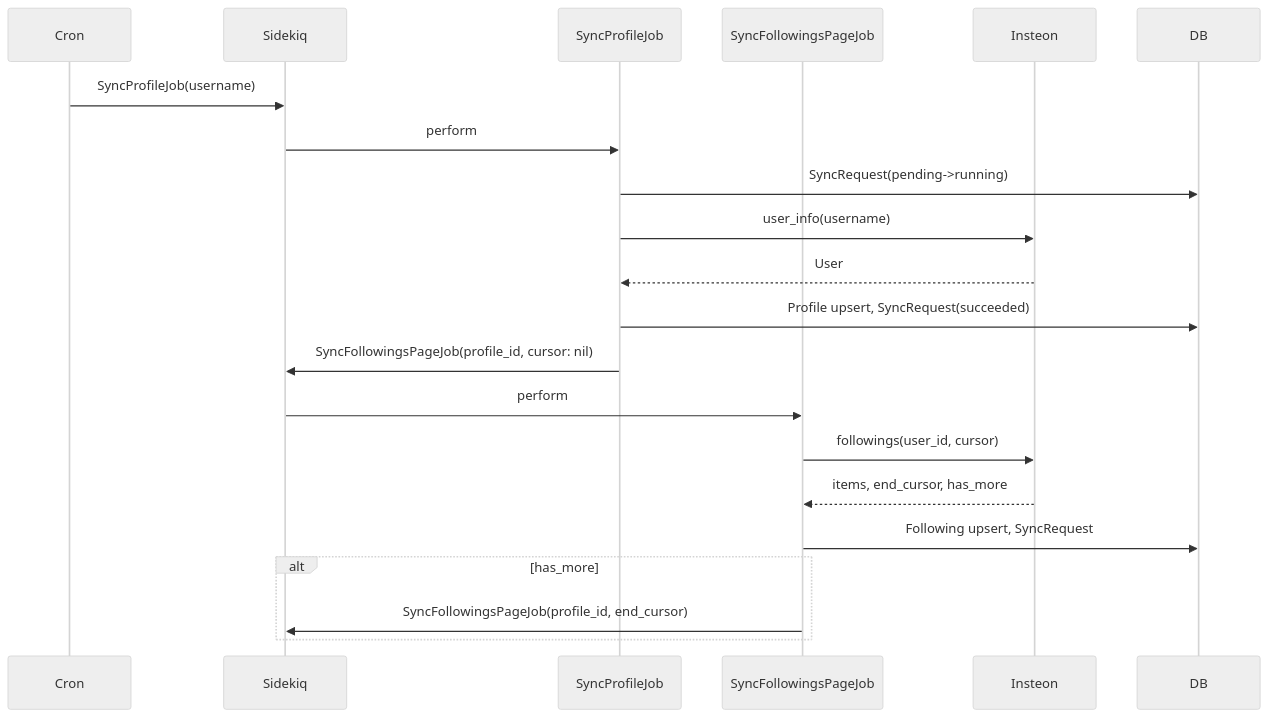
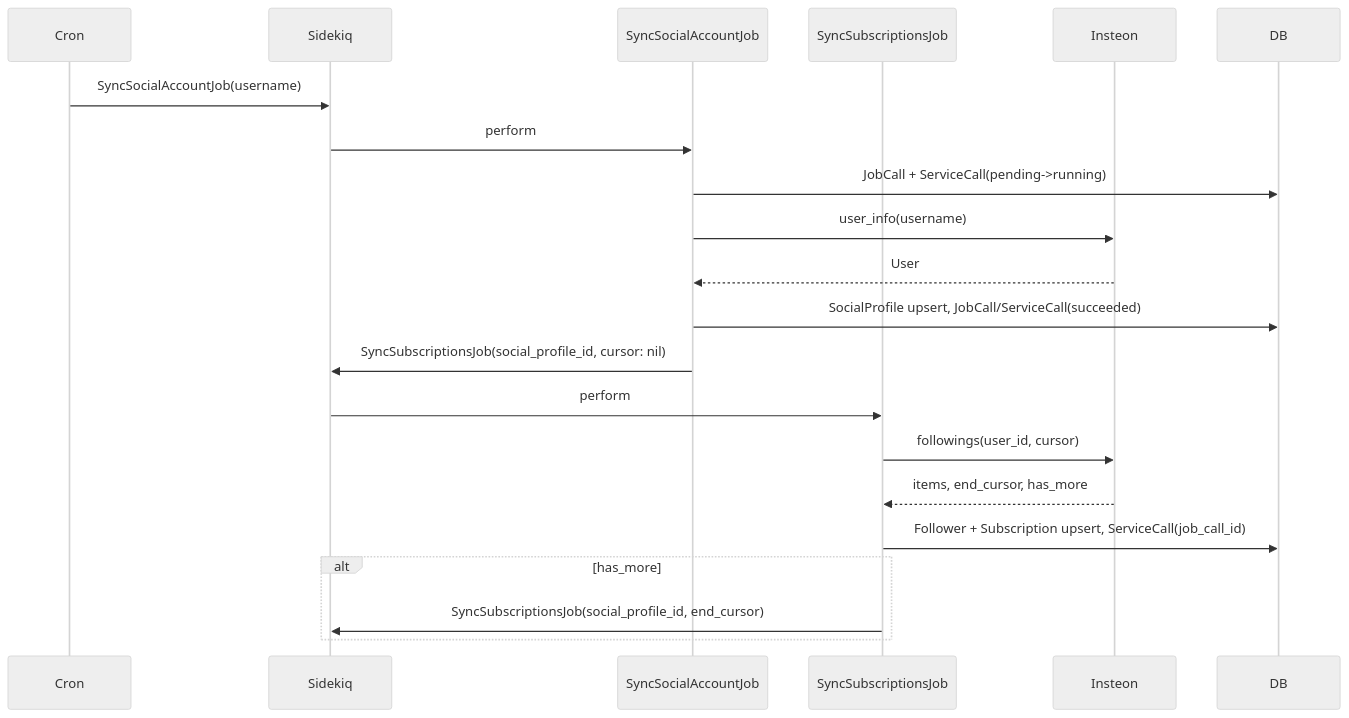
One commit to dostapn/sm-core-struct changed the diagram in docs/08-IMPLEMENTATION-ROADMAP.md. Above: the diagram before and after it, drawn with Mermaid (neutral theme). The commit also changed other lines of this file and 9 other files, not shown here.

First line of the commit message:
docs: refactor documentation for social profile services and job management

````diff
--- a/docs/08-IMPLEMENTATION-ROADMAP.md
+++ b/docs/08-IMPLEMENTATION-ROADMAP.md
@@ -268,25 +290,25 @@
 ```mermaid
 sequenceDiagram
     participant Cron
     participant Sidekiq
-    participant SyncProfileJob
-    participant SyncFollowingsPageJob
+    participant SyncSocialAccountJob
+    participant SyncSubscriptionsJob
     participant Insteon
     participant DB
 
-    Cron->>Sidekiq: SyncProfileJob(username)
-    Sidekiq->>SyncProfileJob: perform
-    SyncProfileJob->>DB: SyncRequest(pending->running)
-    SyncProfileJob->>Insteon: user_info(username)
-    Insteon-->>SyncProfileJob: User
-    SyncProfileJob->>DB: Profile upsert, SyncRequest(succeeded)
-    SyncProfileJob->>Sidekiq: SyncFollowingsPageJob(profile_id, cursor: nil)
+    Cron->>Sidekiq: SyncSocialAccountJob(username)
+    Sidekiq->>SyncSocialAccountJob: perform
+    SyncSocialAccountJob->>DB: JobCall + ServiceCall(pending->running)
+    SyncSocialAccountJob->>Insteon: user_info(username)
+    Insteon-->>SyncSocialAccountJob: User
+    SyncSocialAccountJob->>DB: SocialProfile upsert, JobCall/ServiceCall(succeeded)
+    SyncSocialAccountJob->>Sidekiq: SyncSubscriptionsJob(social_profile_id, cursor: nil)
 
-    Sidekiq->>SyncFollowingsPageJob: perform
-    SyncFollowingsPageJob->>Insteon: followings(user_id, cursor)
-    Insteon-->>SyncFollowingsPageJob: items, end_cursor, has_more
-    SyncFollowingsPageJob->>DB: Following upsert, SyncRequest
+    Sidekiq->>SyncSubscriptionsJob: perform
+    SyncSubscriptionsJob->>Insteon: followings(user_id, cursor)
+    Insteon-->>SyncSubscriptionsJob: items, end_cursor, has_more
+    SyncSubscriptionsJob->>DB: Follower + Subscription upsert, ServiceCall(job_call_id)
     alt has_more
-        SyncFollowingsPageJob->>Sidekiq: SyncFollowingsPageJob(profile_id, end_cursor)
+        SyncSubscriptionsJob->>Sidekiq: SyncSubscriptionsJob(social_profile_id, end_cursor)
     end
 ```
````
